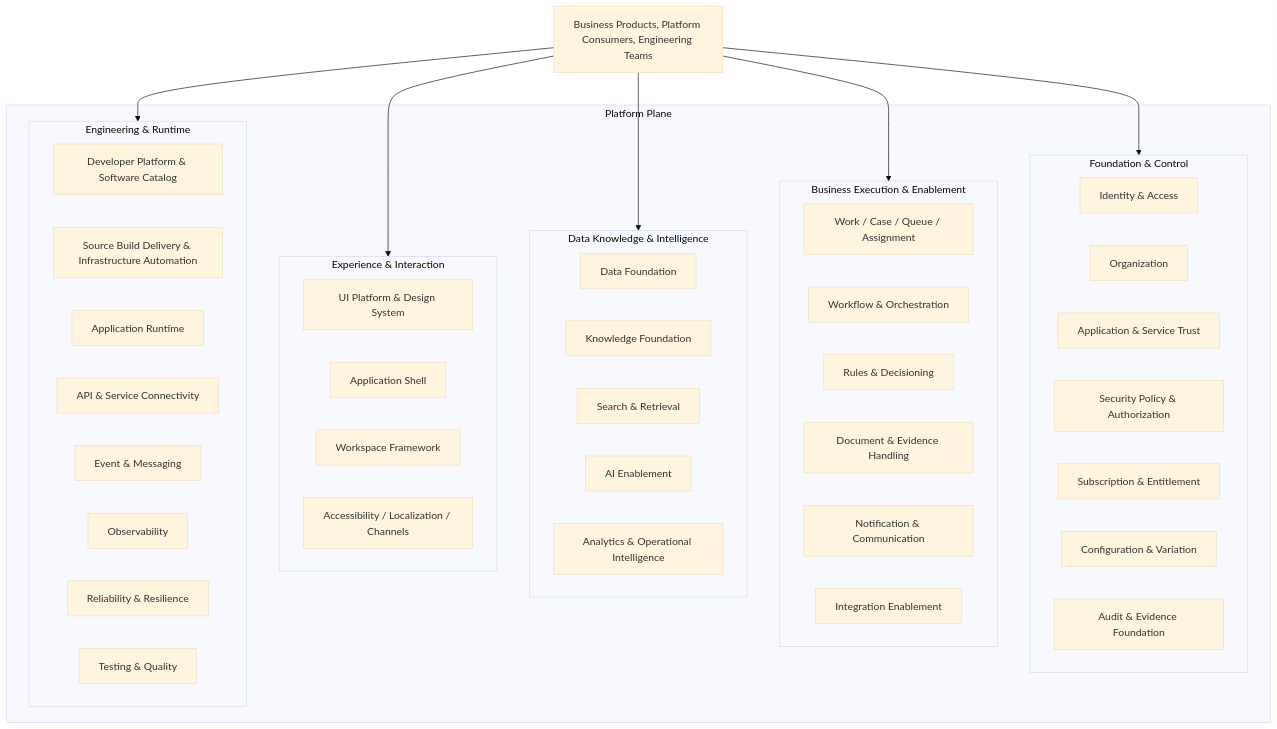
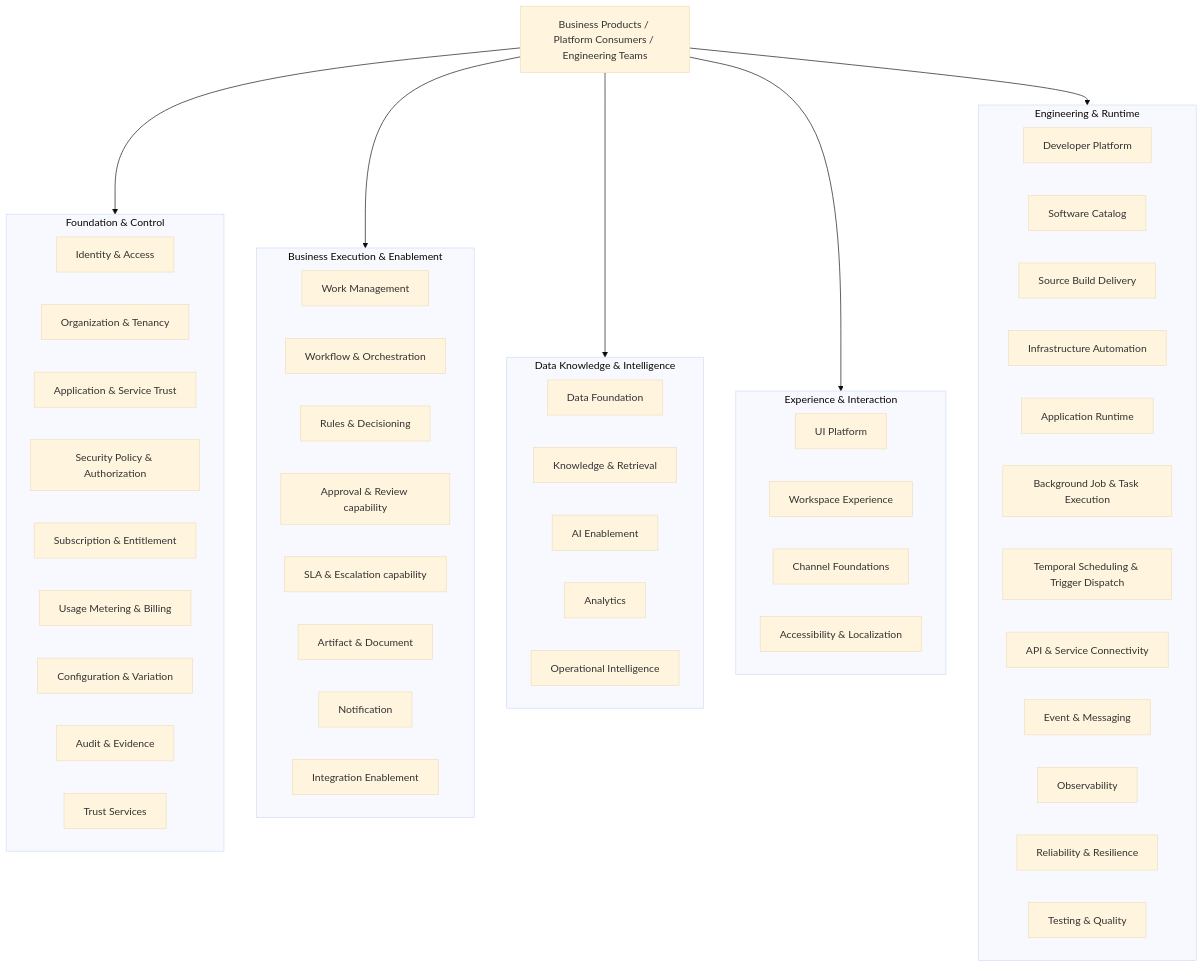
The diagram in 01-enterprise/EAD-005-enterprise-platform-architecture.md (anshacerbia2/scnehaux-architecture), drawn with Mermaid (base theme) before and after one commit. The commit also changed other lines of this file and 32 other files, not shown here.

Commit message:
rebaseline enterprise platform architecture

````diff
--- a/01-enterprise/EAD-005-enterprise-platform-architecture.md
+++ b/01-enterprise/EAD-005-enterprise-platform-architecture.md
@@ -87,57 +102,63 @@
 ```mermaid
 graph TB
-    CONSUMERS[Business Products, Platform Consumers, Engineering Teams]
+    CONSUMERS[Business Products / Platform Consumers / Engineering Teams]
 
-    subgraph PLATFORM[Platform Plane]
-        subgraph FC[Foundation & Control]
-            IAM[Identity & Access]
-            TEN[Organization]
-            TRUST[Application & Service Trust]
-            POLICY[Security Policy & Authorization]
-            ENTITLE[Subscription & Entitlement]
-            CONFIG[Configuration & Variation]
-            AUDIT[Audit & Evidence Foundation]
-        end
+    subgraph FC[Foundation & Control]
+        IAM[Identity & Access]
+        ORG[Organization & Tenancy]
+        TRUST[Application & Service Trust]
+        POLICY[Security Policy & Authorization]
+        ENT[Subscription & Entitlement]
+        BILL[Usage Metering & Billing]
+        CONFIG[Configuration & Variation]
+        AUDIT[Audit & Evidence]
+        SECRETS[Trust Services]
+    end
 
-        subgraph BEE[Business Execution & Enablement]
-            EXEC[Work / Case / Queue / Assignment]
-            FLOW[Workflow & Orchestration]
-            RULES[Rules & Decisioning]
-            DOC[Document & Evidence Handling]
-            NOTIF[Notification & Communication]
-            INTEGRATION[Integration Enablement]
-        end
+    subgraph BEE[Business Execution & Enablement]
+        WORK[Work Management]
+        FLOW[Workflow & Orchestration]
+        RULES[Rules & Decisioning]
+        APPROVAL[Approval & Review capability]
+        SLA[SLA & Escalation capability]
+        ART[Artifact & Document]
+        NOTIF[Notification]
+        INT[Integration Enablement]
+    end
 
-        subgraph DKI[Data Knowledge & Intelligence]
-            DATA[Data Foundation]
-            KNOW[Knowledge Foundation]
-            SEARCH[Search & Retrieval]
-            AI[AI Enablement]
-            OI[Analytics & Operational Intelligence]
-        end
+    subgraph DKI[Data Knowledge & Intelligence]
+        DATA[Data Foundation]
+        KNOW[Knowledge & Retrieval]
+        AI[AI Enablement]
+        ANALYTICS[Analytics]
+        OI[Operational Intelligence]
+    end
 
-        subgraph EI[Experience & Interaction]
-            UI[UI Platform & Design System]
-            SHELL[Application Shell]
-            WORKSPACE[Workspace Framework]
-            ACCESS[Accessibility / Localization / Channels]
-        end
+    subgraph EI[Experience & Interaction]
+        UI[UI Platform]
+        WX[Workspace Experience]
+        CHANNEL[Channel Foundations]
+        ACCESS[Accessibility & Localization]
+    end
 
-        subgraph ER[Engineering & Runtime]
-            DEV[Developer Platform & Software Catalog]
-            DELIVERY[Source Build Delivery & Infrastructure Automation]
-            RUNTIME[Application Runtime]
-            CONNECT[API & Service Connectivity]
-            MESSAGE[Event & Messaging]
-            OBS[Observability]
-            REL[Reliability & Resilience]
-            QUALITY[Testing & Quality]
-        end
+    subgraph ER[Engineering & Runtime]
+        DEV[Developer Platform]
+        CATALOG[Software Catalog]
+        DELIVERY[Source Build Delivery]
+        INFRA[Infrastructure Automation]
+        RUNTIME[Application Runtime]
+        JOB[Background Job & Task Execution]
+        SCHED[Temporal Scheduling & Trigger Dispatch]
+        CONNECT[API & Service Connectivity]
+        MSG[Event & Messaging]
+        OBS[Observability]
+        REL[Reliability & Resilience]
+        TEST[Testing & Quality]
     end
 
     CONSUMERS --> FC
     CONSUMERS --> BEE
     CONSUMERS --> DKI
     CONSUMERS --> EI
     CONSUMERS --> ER
 ```
````
